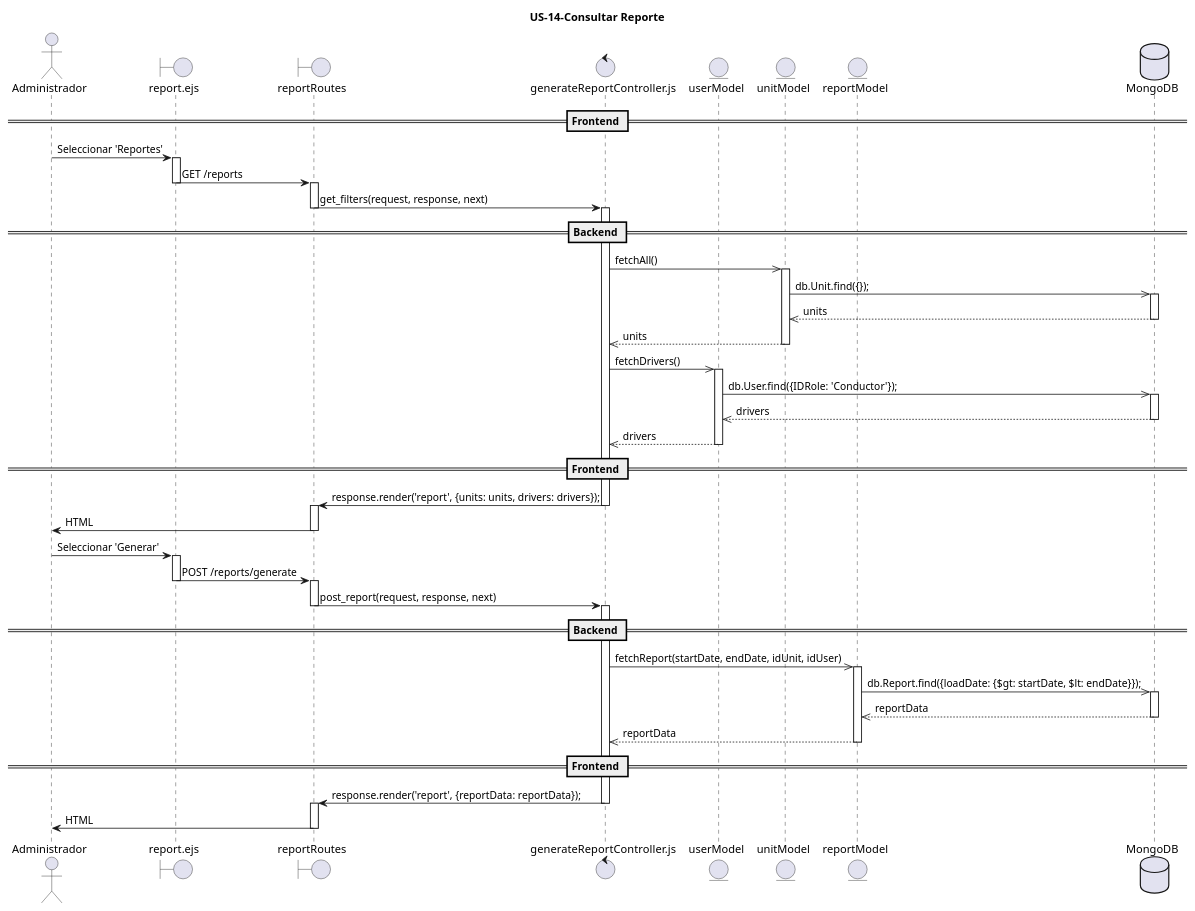
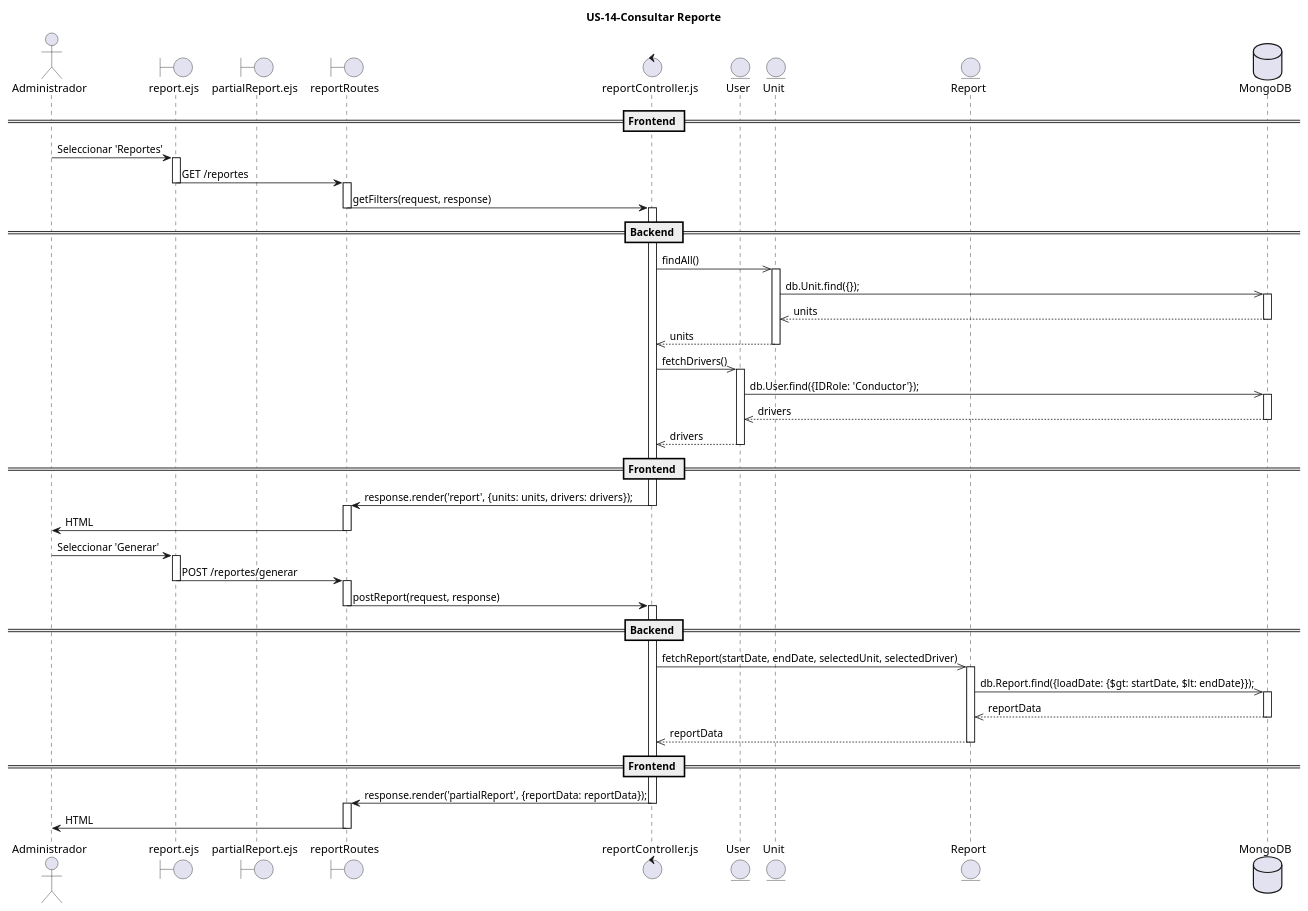
Before and after one commit to PIX3L-IT/dieselflow-dise-o: the diagram in MVP/US-14-consultarReporte/US-14-consultarReporte.puml, drawn with PlantUML. The commit also changed 2 other files, not shown here.

Commit message:
refactor: cambiar rutas a español + agregar partial

```diff
--- a/MVP/US-14-consultarReporte/US-14-consultarReporte.puml
+++ b/MVP/US-14-consultarReporte/US-14-consultarReporte.puml
@@ -1,79 +1,80 @@
 @startuml US-14-consultarReporte
 title US-14-Consultar Reporte
 
 actor Administrador
 
-boundary "report.ejs" as view
+boundary "report.ejs" as parent_view
+boundary "partialReport.ejs" as partial_view
 boundary "reportRoutes" as routes
-control "generateReportController.js" as controller
-entity "userModel" as model_user
-entity "unitModel" as model_unit
-entity "reportModel" as model_report
+control "reportController.js" as controller
+entity "User" as model_user
+entity "Unit" as model_unit
+entity "Report" as model_report
 database "MongoDB" as db
 
 == Frontend ==
-Administrador -> view: Seleccionar 'Reportes'
-activate view
-view -> routes: GET /reports
-deactivate view
+Administrador -> parent_view: Seleccionar 'Reportes'
+activate parent_view
+parent_view -> routes: GET /reportes
+deactivate parent_view
 activate routes
 
-routes -> controller: get_filters(request, response, next)
+routes -> controller: getFilters(request, response)
 deactivate routes
 
 == Backend ==
 activate controller
-controller ->> model_unit: fetchAll()
+controller ->> model_unit: findAll()
 activate model_unit
 model_unit ->> db: db.Unit.find({});
 activate db
 db -->> model_unit: units
 deactivate db
 model_unit -->> controller: units
 deactivate model_unit
 
 controller ->> model_user: fetchDrivers()
 activate model_user
 model_user ->> db: db.User.find({IDRole: 'Conductor'});
 activate db
 db -->> model_user: drivers
 deactivate db
 model_user -->> controller: drivers
 deactivate model_user
 
 == Frontend ==
 controller -> routes: response.render('report', {units: units, drivers: drivers});
 deactivate controller
 
 activate routes
 routes -> Administrador: HTML
 deactivate routes
 
-Administrador  -> view: Seleccionar 'Generar'
-activate view
+Administrador  -> parent_view: Seleccionar 'Generar'
+activate parent_view
 
-view -> routes: POST /reports/generate
-deactivate view
+parent_view -> routes: POST /reportes/generar
+deactivate parent_view
 activate routes
 
-routes -> controller: post_report(request, response, next)
+routes -> controller: postReport(request, response)
 deactivate routes
 
 == Backend ==
 activate controller
-controller ->> model_report: fetchReport(startDate, endDate, idUnit, idUser)
+controller ->> model_report: fetchReport(startDate, endDate, selectedUnit, selectedDriver)
 activate model_report
 model_report ->> db: db.Report.find({loadDate: {$gt: startDate, $lt: endDate}});
 activate db
 db -->> model_report: reportData
 deactivate db
 model_report -->> controller: reportData
 deactivate model_report
 
 == Frontend ==
-controller -> routes: response.render('report', {reportData: reportData});
+controller -> routes: response.render('partialReport', {reportData: reportData});
 deactivate controller
 activate routes
 routes -> Administrador: HTML
 deactivate routes
 @enduml
```
